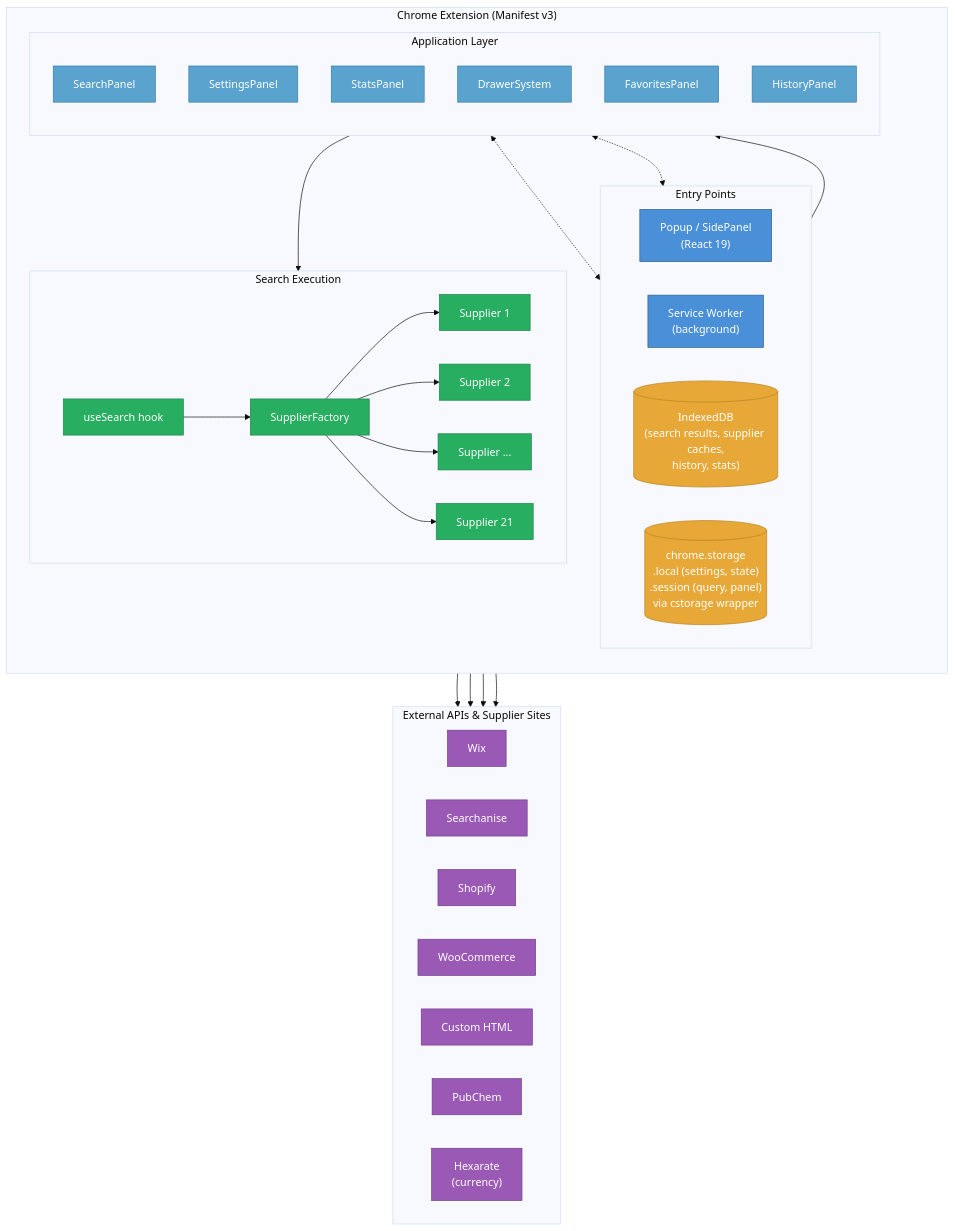
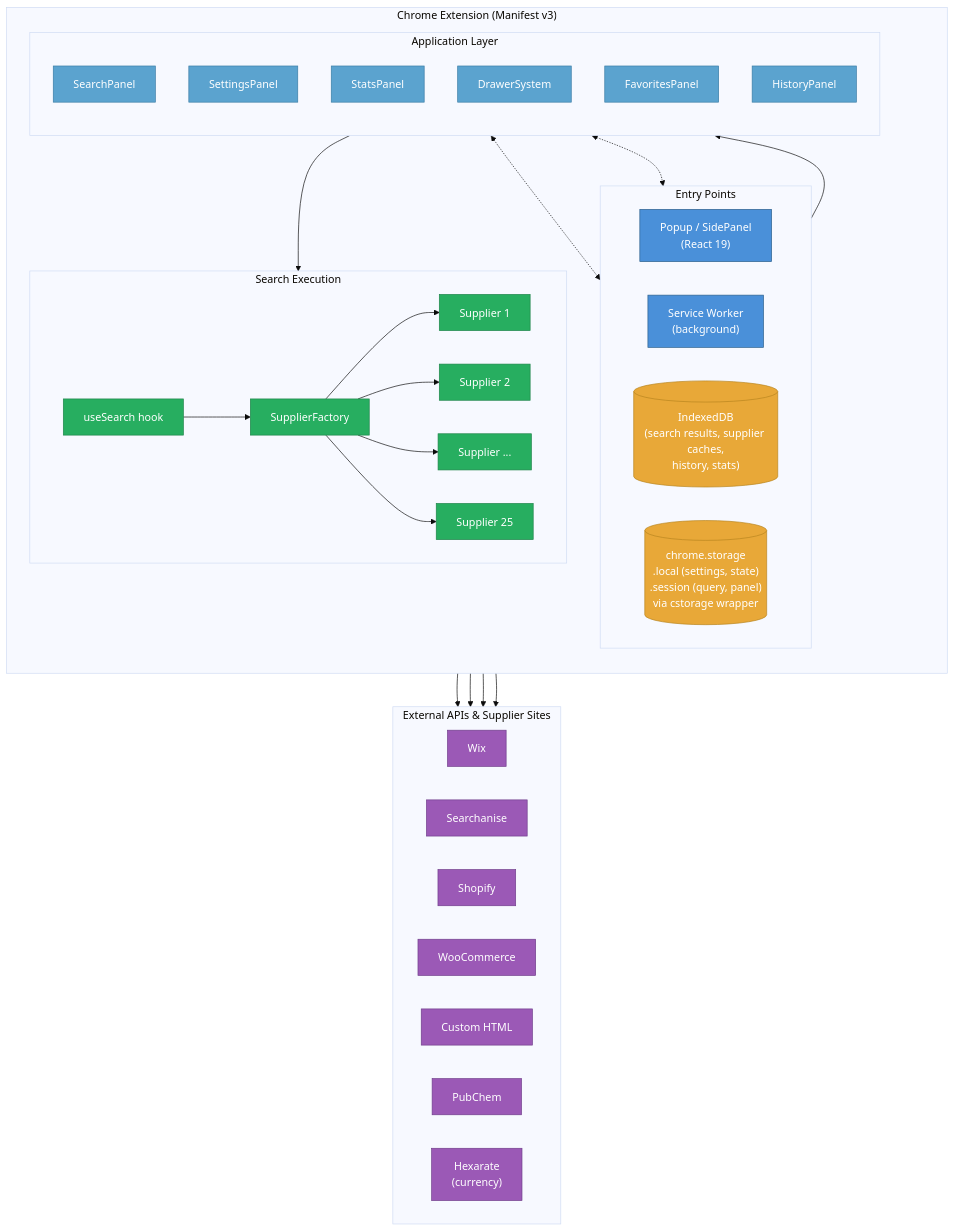
Before and after one commit to jhyland87/chem-pal: the diagram in wiki_files/Architecture-Overview.md, drawn with Mermaid (base theme). The commit also changed other lines of this file and 5 other files, not shown here.

````diff
--- a/wiki_files/Architecture-Overview.md
+++ b/wiki_files/Architecture-Overview.md
@@ -7,65 +7,65 @@
 ```mermaid
 flowchart TB
 subgraph Extension["Chrome Extension (Manifest v3)"]
 direction TB
 
 subgraph EntryPoints["Entry Points"]
 direction LR
 POPUP["Popup / SidePanel\n(React 19)"]
 SW["Service Worker\n(background)"]
 IDB[("IndexedDB\n(search results, supplier caches,\nhistory, stats)")]
 STORAGE[("chrome.storage\n.local (settings, state)\n.session (query, panel)\nvia cstorage wrapper")]
 end
 
 subgraph AppLayer["Application Layer"]
 direction TB
 SEARCH["SearchPanel"]
 SETTINGS["SettingsPanel"]
 STATS["StatsPanel"]
 DRAWER["DrawerSystem"]
 FAVS["FavoritesPanel"]
 HISTORY["HistoryPanel"]
 end
 
 subgraph SearchExec["Search Execution"]
 direction LR
 HOOK["useSearch hook"]
 FACTORY["SupplierFactory"]
 S1["Supplier 1"]
 S2["Supplier 2"]
 S3["Supplier ..."]
-SN["Supplier 21"]
+SN["Supplier 25"]
 FACTORY --> S1 & S2 & S3 & SN
 end
 
 POPUP --> AppLayer
 SEARCH --> HOOK --> FACTORY
 AppLayer <-.-> IDB
 AppLayer <-.-> STORAGE
 end
 
 subgraph External["External APIs & Supplier Sites"]
 direction LR
 WIX["Wix"]
 SEARCHANISE["Searchanise"]
 SHOPIFY["Shopify"]
 WOO["WooCommerce"]
 CUSTOM["Custom HTML"]
 PUBCHEM["PubChem"]
 HEXARATE["Hexarate\n(currency)"]
 end
 
 S1 & S2 & S3 & SN --> External
 
 classDef entry fill:#4A90D9,stroke:#2C5F8A,color:#fff
 classDef app fill:#5BA3CF,stroke:#3A7CA5,color:#fff
 classDef exec fill:#27AE60,stroke:#1E8449,color:#fff
 classDef storage fill:#E8A838,stroke:#B8841F,color:#fff
 classDef external fill:#9B59B6,stroke:#6F3D8A,color:#fff
 
 class POPUP,SW entry
 class SEARCH,SETTINGS,STATS,DRAWER,FAVS,HISTORY app
 class HOOK,FACTORY,S1,S2,S3,SN exec
 class IDB,STORAGE storage
 class WIX,SEARCHANISE,SHOPIFY,WOO,CUSTOM,PUBCHEM,HEXARATE external
 ```
````
